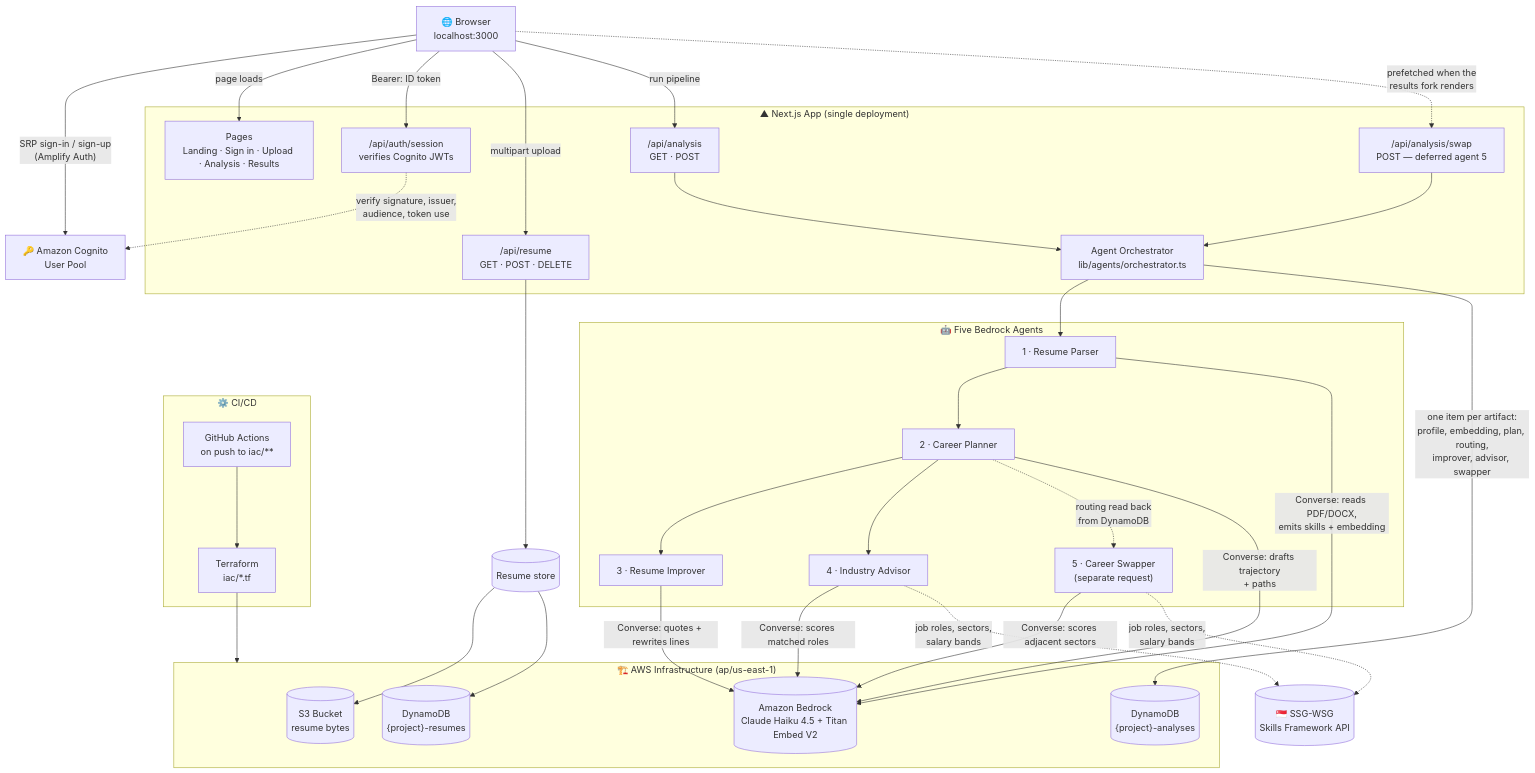
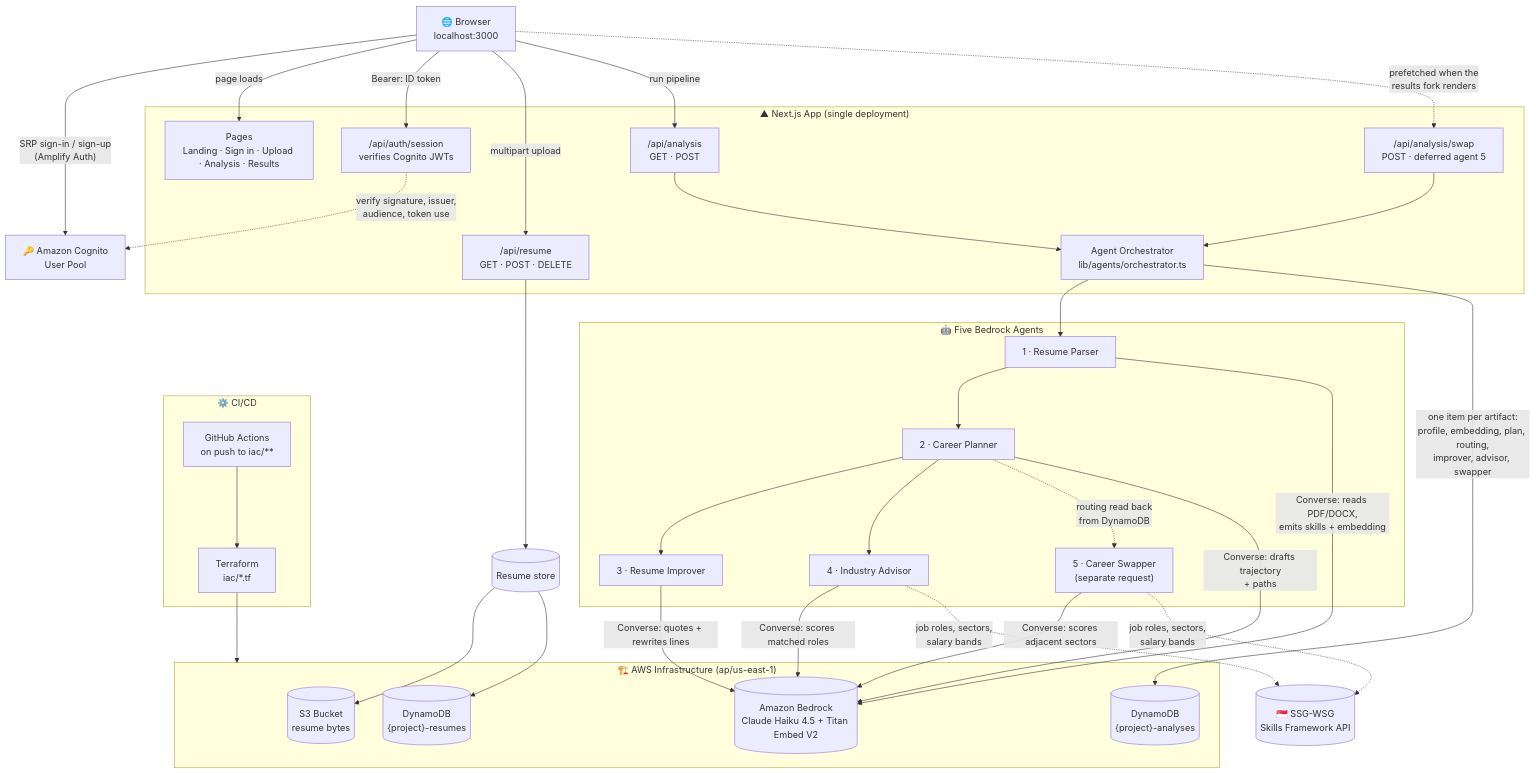
Before and after one commit to oreoolis/meong-MyWay: the first of 4 diagrams in README.md, drawn with Mermaid. The commit also changed other lines of this file, not shown here.

````diff
--- a/README.md
+++ b/README.md
@@ -93,64 +93,64 @@
 ```mermaid
 graph TD
     Browser["🌐 Browser<br/>localhost:3000"]
     KC["🔑 Amazon Cognito<br/>User Pool"]
 
     subgraph next["▲ Next.js App (single deployment)"]
         pages["Pages<br/>Landing · Sign in · Upload · Analysis · Results"]
         apiAuth["/api/auth/session<br/>verifies Cognito JWTs"]
         apiResume["/api/resume<br/>GET · POST · DELETE"]
         apiAnalysis["/api/analysis<br/>GET · POST"]
-        apiSwap["/api/analysis/swap<br/>POST — deferred agent 5"]
+        apiSwap["/api/analysis/swap<br/>POST · deferred agent 5"]
         orchestrator["Agent Orchestrator<br/>lib/agents/orchestrator.ts"]
     end
 
     Browser -->|"SRP sign-in / sign-up<br/>(Amplify Auth)"| KC
     Browser -->|page loads| pages
     Browser -->|"Bearer: ID token"| apiAuth
     Browser -->|"multipart upload"| apiResume
     Browser -->|"run pipeline"| apiAnalysis
     Browser -.->|"prefetched when the<br/>results fork renders"| apiSwap
 
     apiAuth -.->|verify signature, issuer,<br/>audience, token use| KC
     apiResume --> orchestratorStore[("Resume store")]
     apiAnalysis --> orchestrator
     apiSwap --> orchestrator
 
     subgraph agents["🤖 Five Bedrock Agents"]
         parser["1 · Resume Parser"]
         planner["2 · Career Planner"]
         improver["3 · Resume Improver"]
         advisor["4 · Industry Advisor"]
         swapper["5 · Career Swapper<br/>(separate request)"]
     end
 
     orchestrator --> parser
     parser --> planner
     planner --> improver & advisor
     planner -.->|"routing read back<br/>from DynamoDB"| swapper
 
     subgraph aws["🏗️ AWS Infrastructure (ap/us-east-1)"]
         bedrock[("Amazon Bedrock<br/>Claude Haiku 4.5 + Titan Embed V2")]
         s3[("S3 Bucket<br/>resume bytes")]
         ddbResumes[("DynamoDB<br/>{project}-resumes")]
         ddbAnalyses[("DynamoDB<br/>{project}-analyses")]
     end
 
     parser -->|Converse: reads PDF/DOCX,<br/>emits skills + embedding| bedrock
     planner -->|Converse: drafts trajectory<br/>+ paths| bedrock
     improver -->|Converse: quotes + rewrites lines| bedrock
     advisor -->|Converse: scores matched roles| bedrock
     swapper -->|Converse: scores adjacent sectors| bedrock
 
     orchestratorStore --> s3 & ddbResumes
     orchestrator -->|"one item per artifact:<br/>profile, embedding, plan, routing,<br/>improver, advisor, swapper"| ddbAnalyses
 
     advisor -.->|"job roles, sectors,<br/>salary bands"| ssg[("🇸🇬 SSG-WSG<br/>Skills Framework API")]
     swapper -.->|"job roles, sectors,<br/>salary bands"| ssg
 
     subgraph deploy["⚙️ CI/CD"]
         gha["GitHub Actions<br/>on push to iac/**"]
         tf["Terraform<br/>iac/*.tf"]
     end
     gha --> tf --> aws
 ```
````
